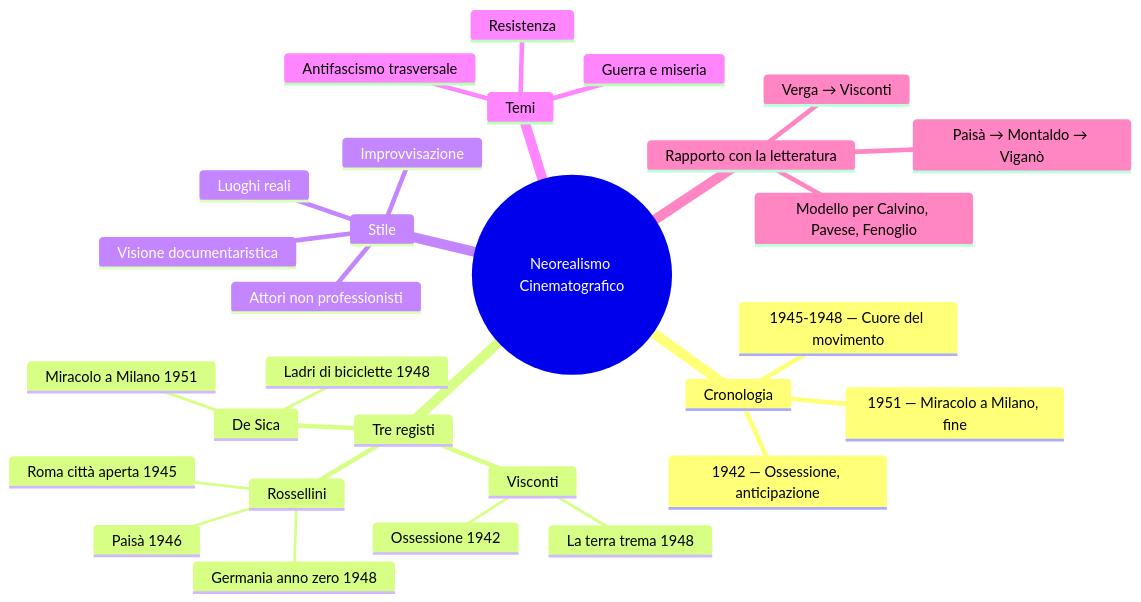
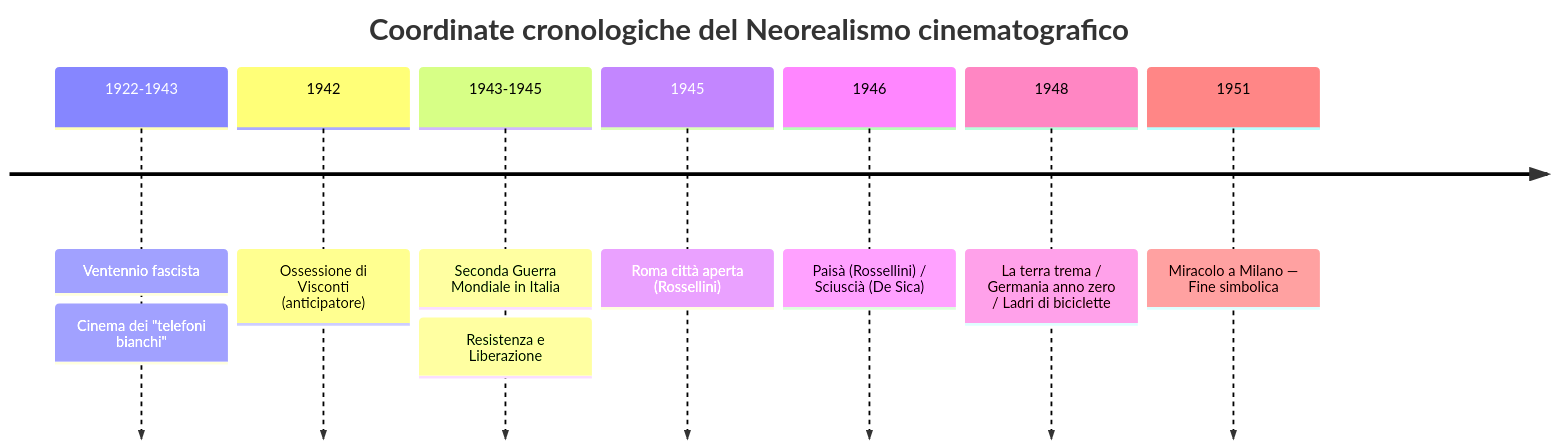
The first of 4 diagrams in esame/italiano/italiano(appunti-studio-anno)/neorealismo-cinematografico/neorealismo-cinematografico-riassunto.md (riccardo-algorime/appunti-5Bsa), drawn with Mermaid before and after one commit. The commit also changed other lines of this file and 6 other files, not shown here.

````diff
--- a/esame/italiano/italiano(appunti-studio-anno)/neorealismo-cinematografico/neorealismo-cinematografico-riassunto.md
+++ b/esame/italiano/italiano(appunti-studio-anno)/neorealismo-cinematografico/neorealismo-cinematografico-riassunto.md
@@ -122,32 +19,13 @@
 ```mermaid
-mindmap
-  root((Neorealismo Cinematografico))
-    Cronologia
-      1942 — Ossessione, anticipazione
-      1945-1948 — Cuore del movimento
-      1951 — Miracolo a Milano, fine
-    Tre registi
-      Visconti
-        Ossessione 1942
-        La terra trema 1948
-      Rossellini
-        Roma città aperta 1945
-        Paisà 1946
-        Germania anno zero 1948
-      De Sica
-        Ladri di biciclette 1948
-        Miracolo a Milano 1951
-    Stile
-      Visione documentaristica
-      Luoghi reali
-      Attori non professionisti
-      Improvvisazione
-    Temi
-      Guerra e miseria
-      Resistenza
-      Antifascismo trasversale
-    Rapporto con la letteratura
-      Verga → Visconti
-      Paisà → Montaldo → Viganò
-      Modello per Calvino, Pavese, Fenoglio
+timeline
+    title Coordinate cronologiche del Neorealismo cinematografico
+    1922-1943 : Ventennio fascista
+               : Cinema dei "telefoni bianchi"
+    1942 : Ossessione di Visconti (anticipatore)
+    1943-1945 : Seconda Guerra Mondiale in Italia
+               : Resistenza e Liberazione
+    1945 : Roma città aperta (Rossellini)
+    1946 : Paisà (Rossellini) / Sciuscià (De Sica)
+    1948 : La terra trema / Germania anno zero / Ladri di biciclette
+    1951 : Miracolo a Milano — Fine simbolica
 ```
````
